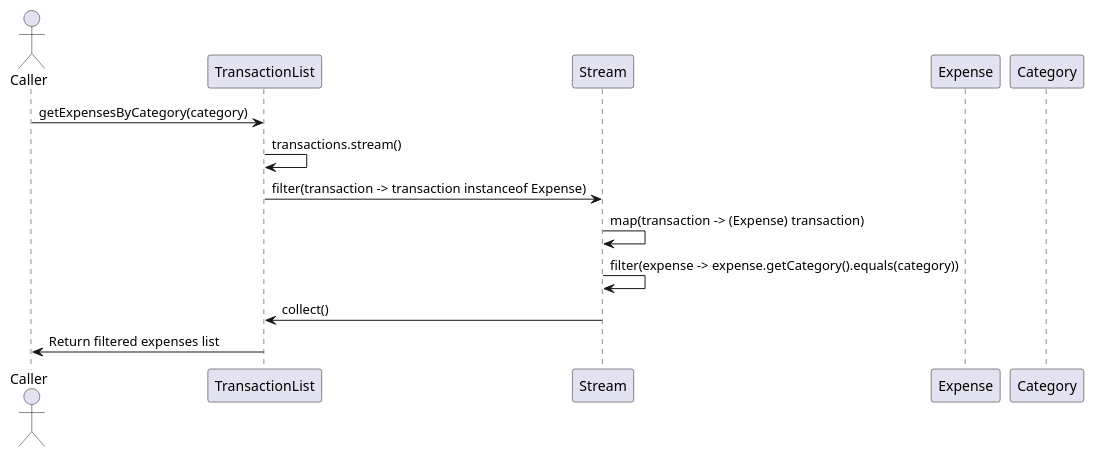
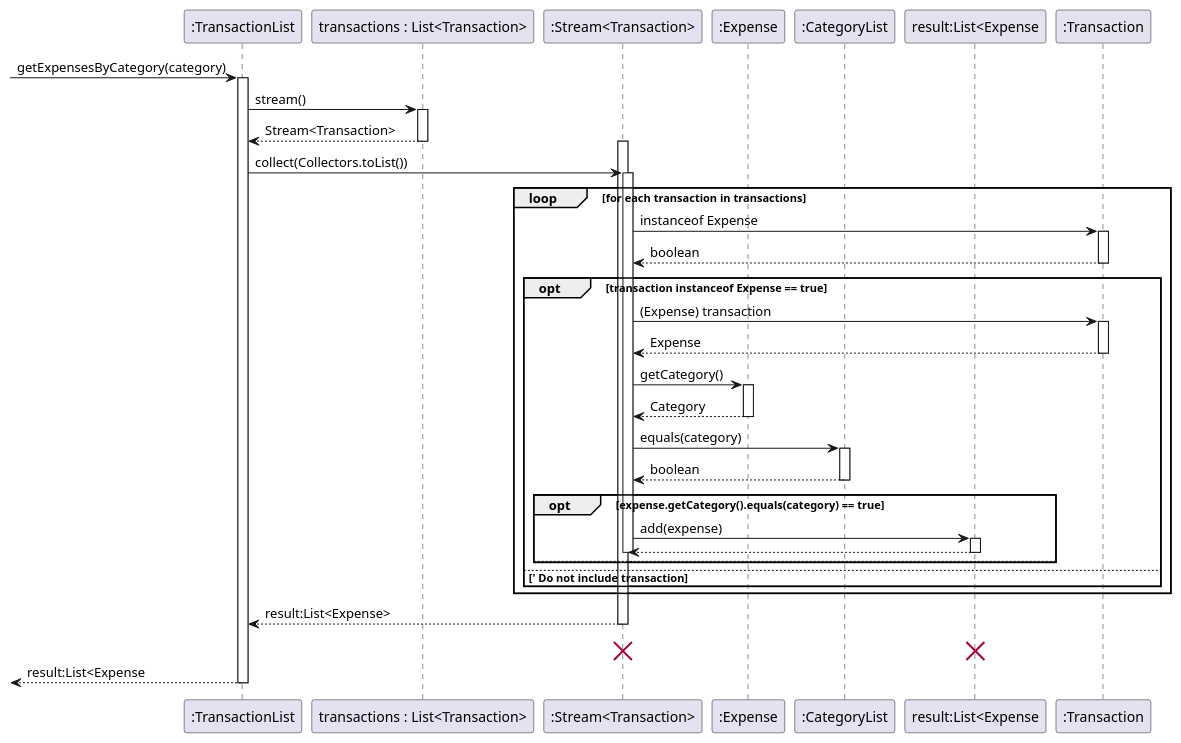
Before and after one commit to nus-cs2113-AY2425S1/tp: the diagram in docs/plantUMLCode/getexpensesbycategory-sequence-diagram.puml, drawn with PlantUML. The commit also changed 1 other file, not shown here.

Commit message:
Update DG diagram

```diff
--- a/docs/plantUMLCode/getexpensesbycategory-sequence-diagram.puml
+++ b/docs/plantUMLCode/getexpensesbycategory-sequence-diagram.puml
@@ -1,15 +1,67 @@
-@startuml
-actor Caller
-participant "TransactionList" as TL
-participant "Stream" as Stream
-participant "Expense" as Expense
-participant "Category" as Category
-
-Caller -> TL : getExpensesByCategory(category)
-TL -> TL : transactions.stream()
-TL -> Stream : filter(transaction -> transaction instanceof Expense)
-Stream -> Stream : map(transaction -> (Expense) transaction)
-Stream -> Stream : filter(expense -> expense.getCategory().equals(category))
-Stream -> TL : collect()
-TL -> Caller : Return filtered expenses list
+@startuml' Define the participants
+participant ":TransactionList" as TL
+participant "transactions : List<Transaction>" as Transactions
+participant ":Stream<Transaction>" as Stream
+participant ":Expense" as Expense
+participant ":CategoryList" as Category
+participant "result:List<Expense" as ResultList
+participant ":Transaction" as Transaction
+' TransactionList calls getExpensesByCategory
+-> TL: getExpensesByCategory(category)
+activate TL
+' TL calls transactions.stream()
+TL -> Transactions: stream()
+activate Transactions
+Transactions --> TL: Stream<Transaction>
+deactivate Transactions
+' TL receives the StreamTL --> Stream: Reference to Stream
+activate Stream
+' The terminal operation collect() triggers the execution
+TL -> Stream: collect(Collectors.toList())
+activate Stream
+' Loop through each transaction in transactions
+loop for each transaction in transactions
+    ' filter(transaction -> transaction instanceof Expense)
+    Stream -> Transaction: instanceof Expense
+    activate Transaction
+    Transaction --> Stream: boolean
+    deactivate Transaction
+    opt transaction instanceof Expense == true
+    ' map(transaction -> (Expense) transaction
+        Stream -> Transaction: (Expense) transaction
+        activate Transaction
+        Transaction --> Stream: Expense
+        deactivate Transaction
+        ' filter(expense -> expense.getCategory().equals(category))
+        Stream -> Expense: getCategory()
+        activate Expense
+        Expense --> Stream: Category
+        deactivate Expense
+        Stream -> Category: equals(category)
+        activate Category
+        Category --> Stream: boolean
+        deactivate Category
+        opt expense.getCategory().equals(category) == true
+        ' Include expense in result list
+            Stream -> ResultList: add(expense)
+            activate ResultList
+            ResultList --> Stream
+            deactivate ResultList
+            deactivate Stream
+            else
+            ' Do not include expense
+            end
+    else        ' Do not include transaction
+    end
+end
+' collect() returns the result list to TransactionList
+Stream --> TL: result:List<Expense>
+deactivate Stream
+' Destroy Stream and ResultList after final return
+"Stream" -[hidden]> "Stream" :
+destroy Stream
+destroy ResultList
+' Final return from TransactionList
+<-- TL : result:List<Expense
+deactivate TL
 @enduml
```
